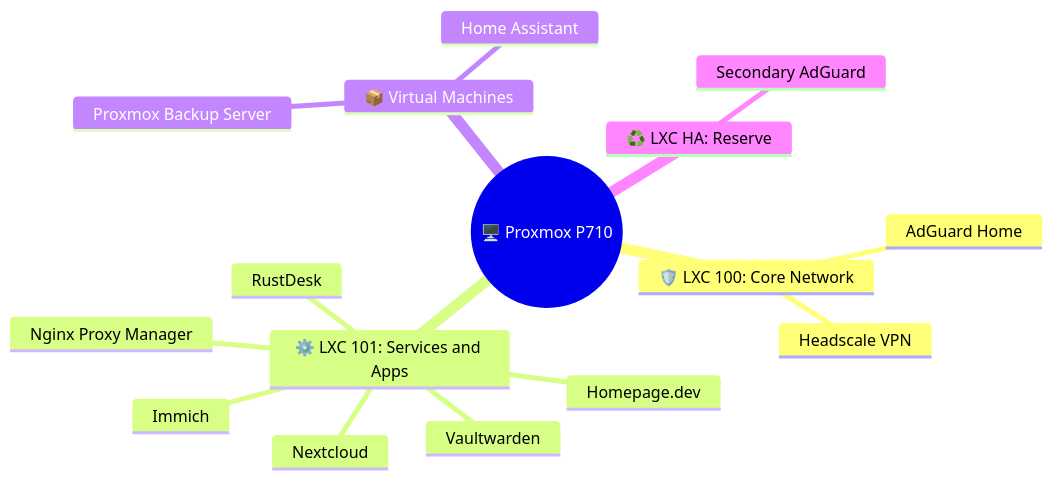
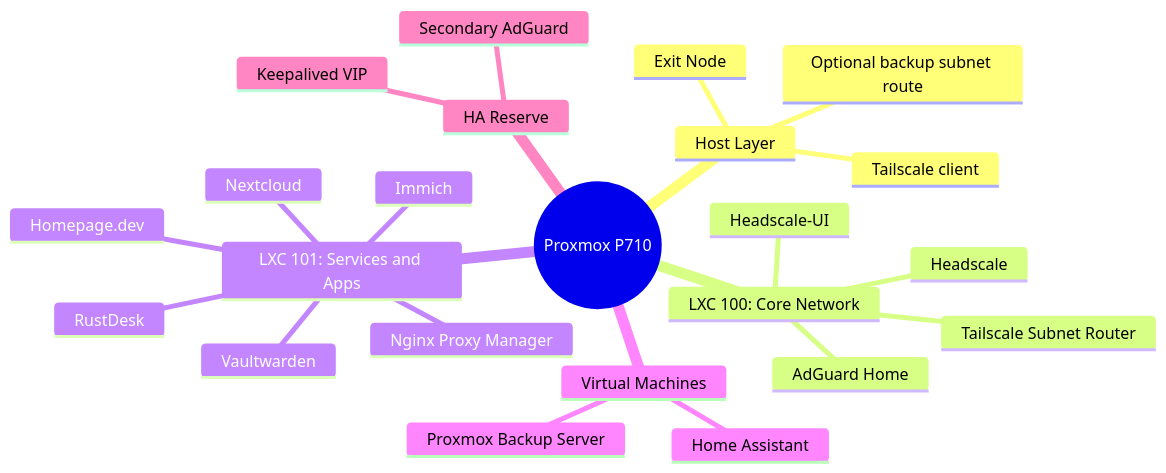
One commit to Mohamed-DN/Sovereign-Homelab changed the second of 2 diagrams in docs/infrastructure_plan_and_map.md. Above: the diagram before and after it, drawn with Mermaid. The commit also changed other lines of this file and 4 other files, not shown here.

Commit message:
docs: add proxmox tailscale exit node runbook

````diff
--- a/docs/infrastructure_plan_and_map.md
+++ b/docs/infrastructure_plan_and_map.md
@@ -48,19 +45,26 @@
 ```mermaid
 mindmap
-  root((🖥️ Proxmox P710))
-    🛡️ LXC 100: Core Network
+  root((Proxmox P710))
+    Host Layer
+      Tailscale client
+      Exit Node
+      Optional backup subnet route
+    LXC 100: Core Network
       AdGuard Home
-      Headscale VPN
-    ⚙️ LXC 101: Services and Apps
+      Headscale
+      Headscale-UI
+      Tailscale Subnet Router
+    LXC 101: Services and Apps
       Nginx Proxy Manager
       Vaultwarden
       Immich
       Nextcloud
       Homepage.dev
       RustDesk
-    📦 Virtual Machines
+    Virtual Machines
       Proxmox Backup Server
       Home Assistant
-    ♻️ LXC HA: Reserve
+    HA Reserve
       Secondary AdGuard
+      Keepalived VIP
 ```
````
